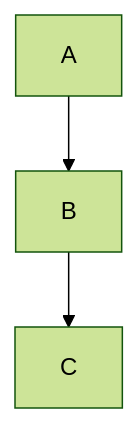
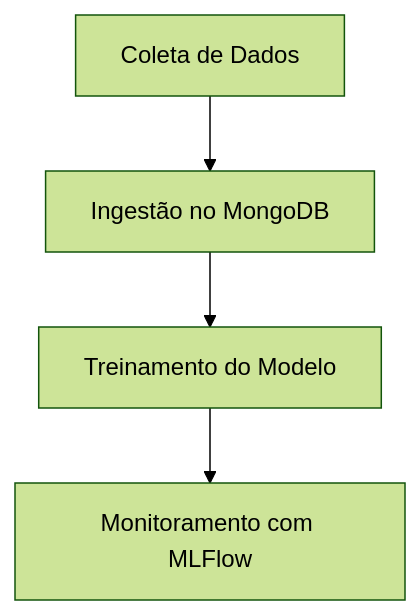
One commit to sjose03/data_master_eng_ml changed the diagram in README.md. Above: the diagram before and after it, drawn with Mermaid (forest theme). The commit also changed other lines of this file and 1 other file, not shown here.

````diff
--- a/README.md
+++ b/README.md
@@ -4,5 +5,6 @@
 ```mermaid
 graph TD;
-    A-->B;
-    B-->C;
+    A[Coleta de Dados] --> B[Ingestão no MongoDB];
+    B --> C[Treinamento do Modelo];
+    C --> D[Monitoramento com MLFlow];
 ```
````
